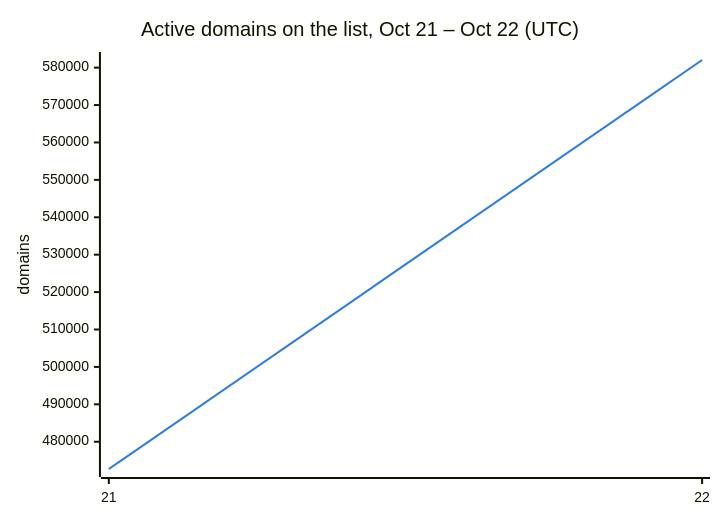
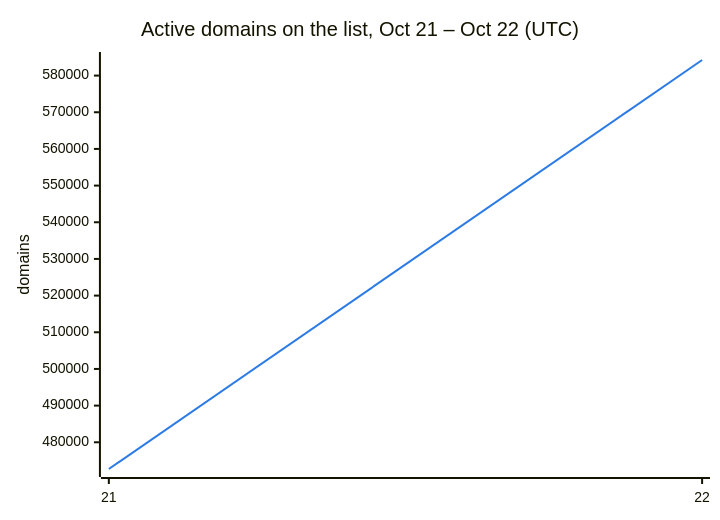
One commit to DNSBunker/CTI changed the second of 3 diagrams in README.md. Above: the diagram before and after it, drawn with Mermaid. The commit also changed other lines of this file and 3 other files, not shown here.

````diff
--- a/README.md
+++ b/README.md
@@ -38,8 +38,8 @@
 ```mermaid
 %%{init: {"themeVariables": {"xyChart": {"plotColorPalette": "#2c7be5"}}}}%%
 xychart-beta
     title "Active domains on the list, Oct 21 – Oct 22 (UTC)"
     x-axis ["21", "22"]
     y-axis "domains"
-    line [472713, 582041]
+    line [472713, 584248]
 ```
````
